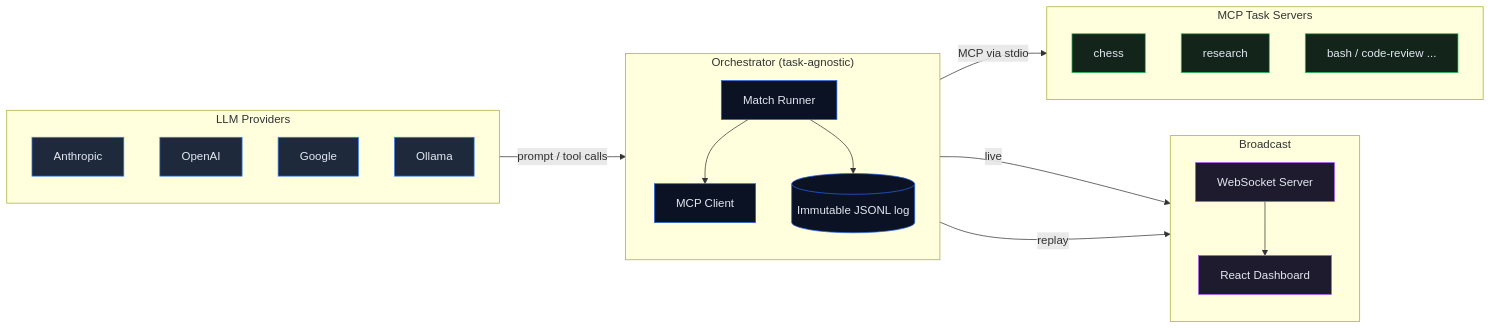
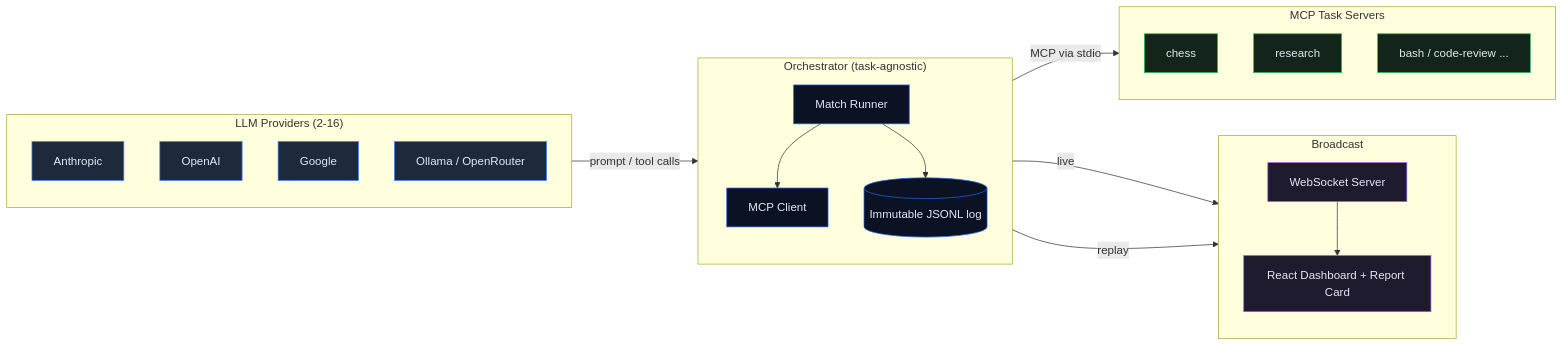
Before and after one commit to Roslando/AgentArena: the first of 2 diagrams in README.md, drawn with Mermaid. The commit also changed other lines of this file, not shown here.

````diff
--- a/README.md
+++ b/README.md
@@ -92,46 +224,46 @@
 ```mermaid
 flowchart LR
-    subgraph P["LLM Providers"]
+    subgraph P["LLM Providers (2-16)"]
         direction TB
         P1[Anthropic]
         P2[OpenAI]
         P3[Google]
-        P4[Ollama]
+        P4[Ollama / OpenRouter]
     end
 
     subgraph ENG["Orchestrator (task-agnostic)"]
         direction TB
         R[Match Runner]
         M[MCP Client]
         L[(Immutable JSONL log)]
     end
 
     subgraph G["MCP Task Servers"]
         direction TB
         G1[chess]
         G2[research]
         G3[bash / code-review ...]
     end
 
     subgraph UI["Broadcast"]
         direction TB
         WS[WebSocket Server]
-        D[React Dashboard]
+        D[React Dashboard + Report Card]
     end
 
     P -- "prompt / tool calls" --> R
     R --> M
     M -- "MCP via stdio" --> G
     R --> L
     L -- "live" --> WS --> D
     L -- "replay" --> D
 
     classDef prov fill:#1e293b,stroke:#3b82f6,color:#e2e8f0;
     classDef eng fill:#0b1224,stroke:#2563eb,color:#e2e8f0;
     classDef game fill:#13241b,stroke:#22c55e,color:#e2e8f0;
     classDef ui fill:#1e1b2e,stroke:#a855f7,color:#e2e8f0;
     class P1,P2,P3,P4 prov;
     class R,M,L eng;
     class G1,G2,G3 game;
     class WS,D ui;
 ```
````
